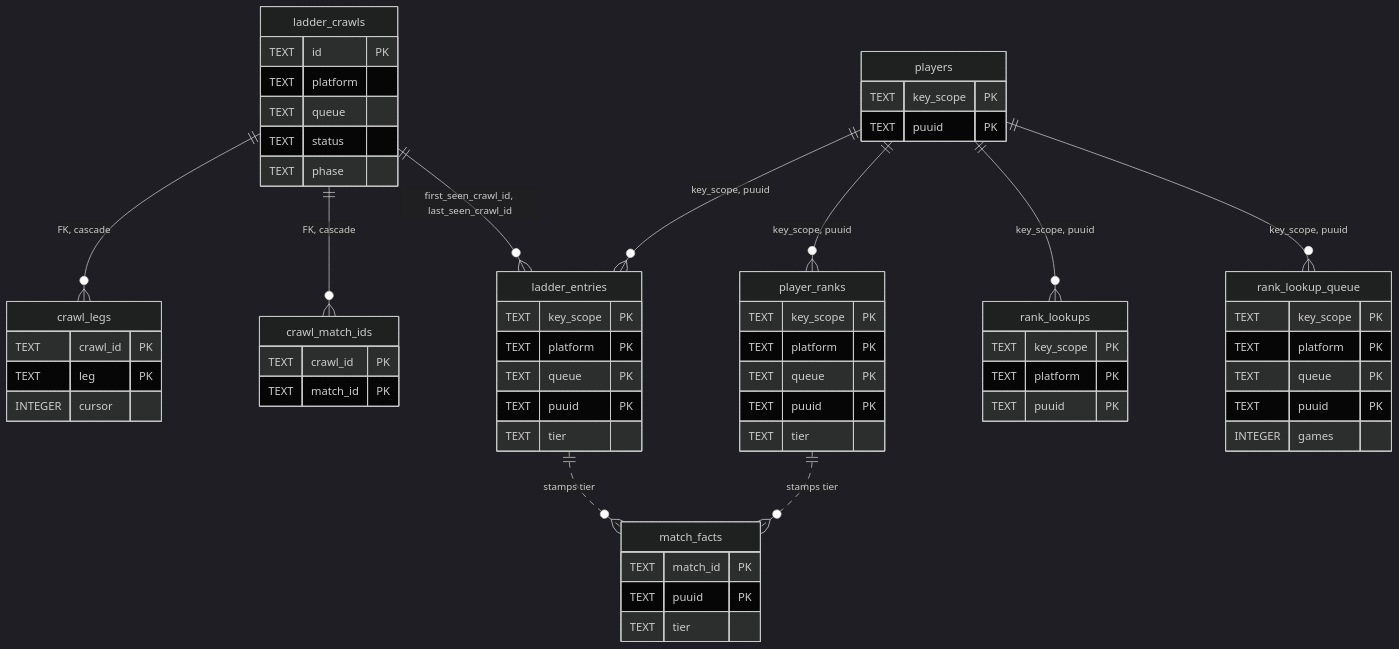
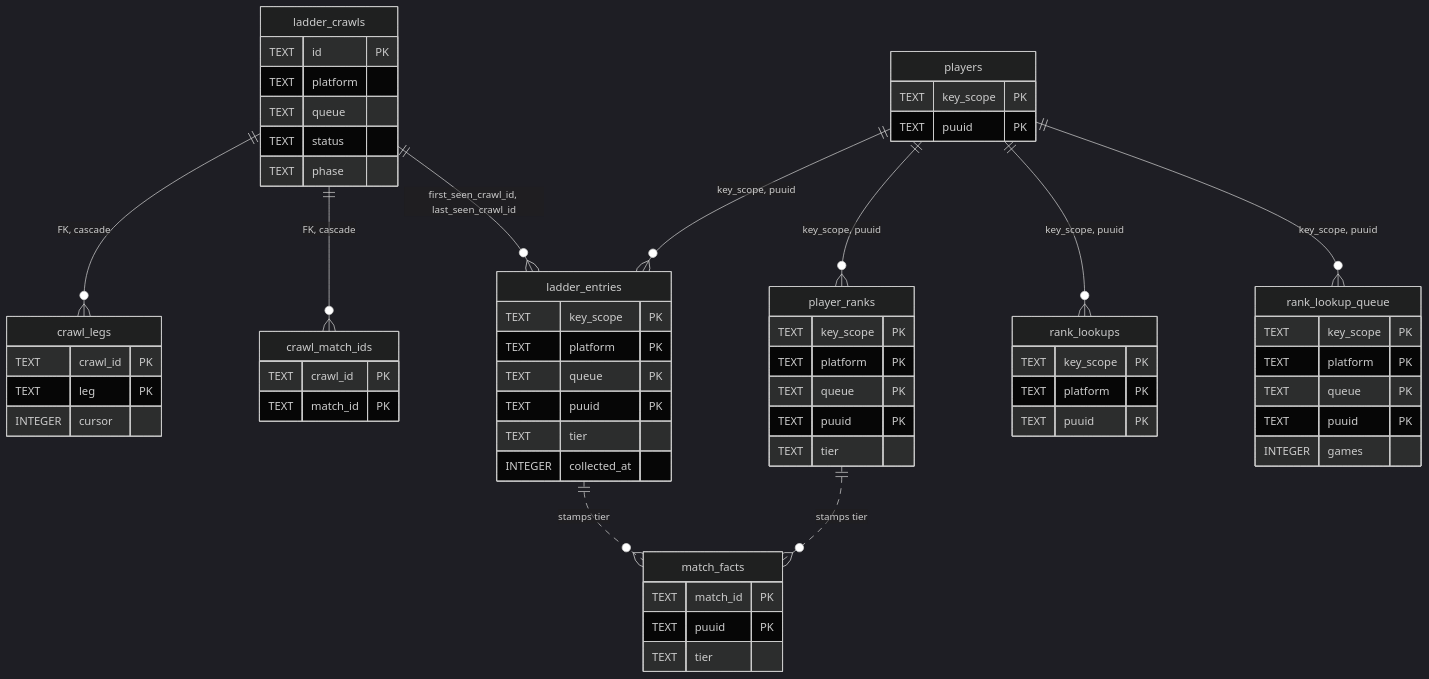
Before and after one commit to NinjaGoldfinch/riot-proxy: the first of 2 diagrams in docs/data/schema-analytics.md, drawn with Mermaid (dark theme). The commit also changed other lines of this file and 70 other files, not shown here.

````diff
--- a/docs/data/schema-analytics.md
+++ b/docs/data/schema-analytics.md
@@ -9,63 +9,64 @@
 ```mermaid
 erDiagram
     players {
         TEXT key_scope PK
         TEXT puuid PK
     }
     ladder_crawls {
         TEXT id PK
         TEXT platform
         TEXT queue
         TEXT status
         TEXT phase
     }
     crawl_legs {
         TEXT crawl_id PK
         TEXT leg PK
         INTEGER cursor
     }
     crawl_match_ids {
         TEXT crawl_id PK
         TEXT match_id PK
     }
     ladder_entries {
         TEXT key_scope PK
         TEXT platform PK
         TEXT queue PK
         TEXT puuid PK
         TEXT tier
+        INTEGER collected_at
     }
     player_ranks {
         TEXT key_scope PK
         TEXT platform PK
         TEXT queue PK
         TEXT puuid PK
         TEXT tier
     }
     rank_lookups {
         TEXT key_scope PK
         TEXT platform PK
         TEXT puuid PK
     }
     rank_lookup_queue {
         TEXT key_scope PK
         TEXT platform PK
         TEXT queue PK
         TEXT puuid PK
         INTEGER games
     }
     match_facts {
         TEXT match_id PK
         TEXT puuid PK
         TEXT tier
     }
     ladder_crawls ||--o{ crawl_legs : "FK, cascade"
     ladder_crawls ||--o{ crawl_match_ids : "FK, cascade"
     ladder_crawls ||--o{ ladder_entries : "first_seen_crawl_id, last_seen_crawl_id"
     players ||--o{ ladder_entries : "key_scope, puuid"
     players ||--o{ player_ranks : "key_scope, puuid"
     players ||--o{ rank_lookups : "key_scope, puuid"
     players ||--o{ rank_lookup_queue : "key_scope, puuid"
     ladder_entries ||..o{ match_facts : "stamps tier"
     player_ranks ||..o{ match_facts : "stamps tier"
 ```
````
